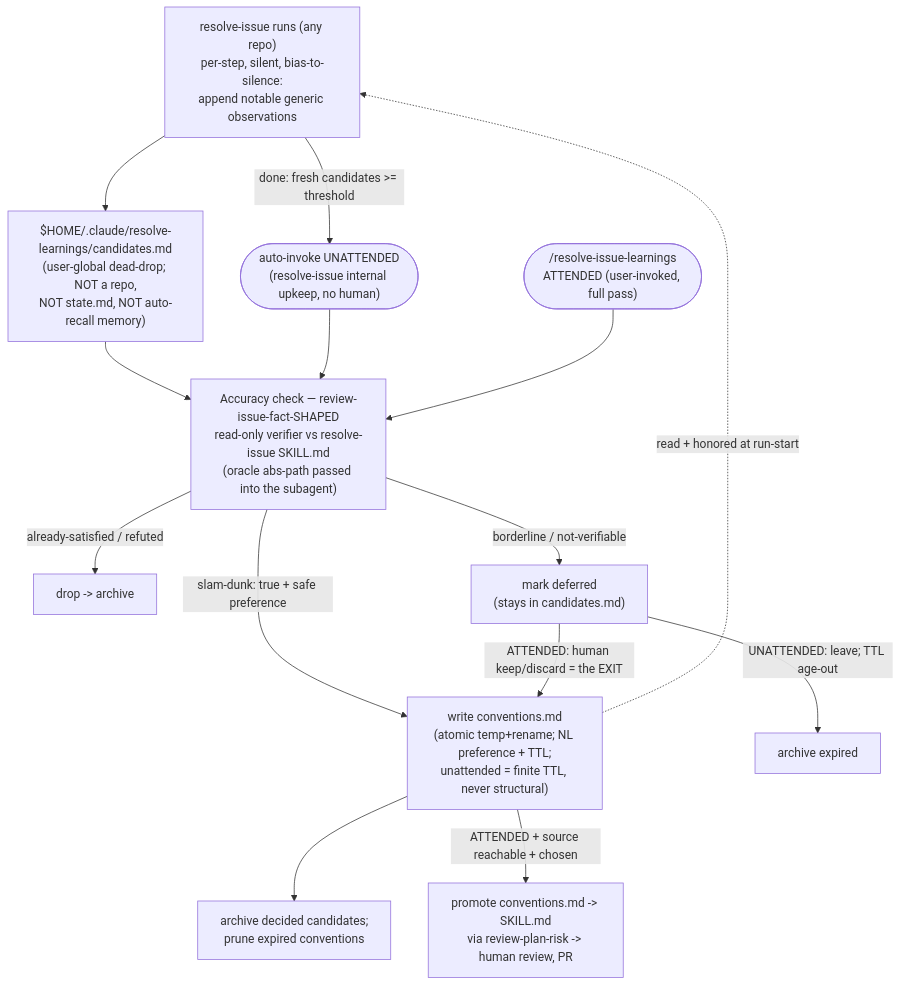
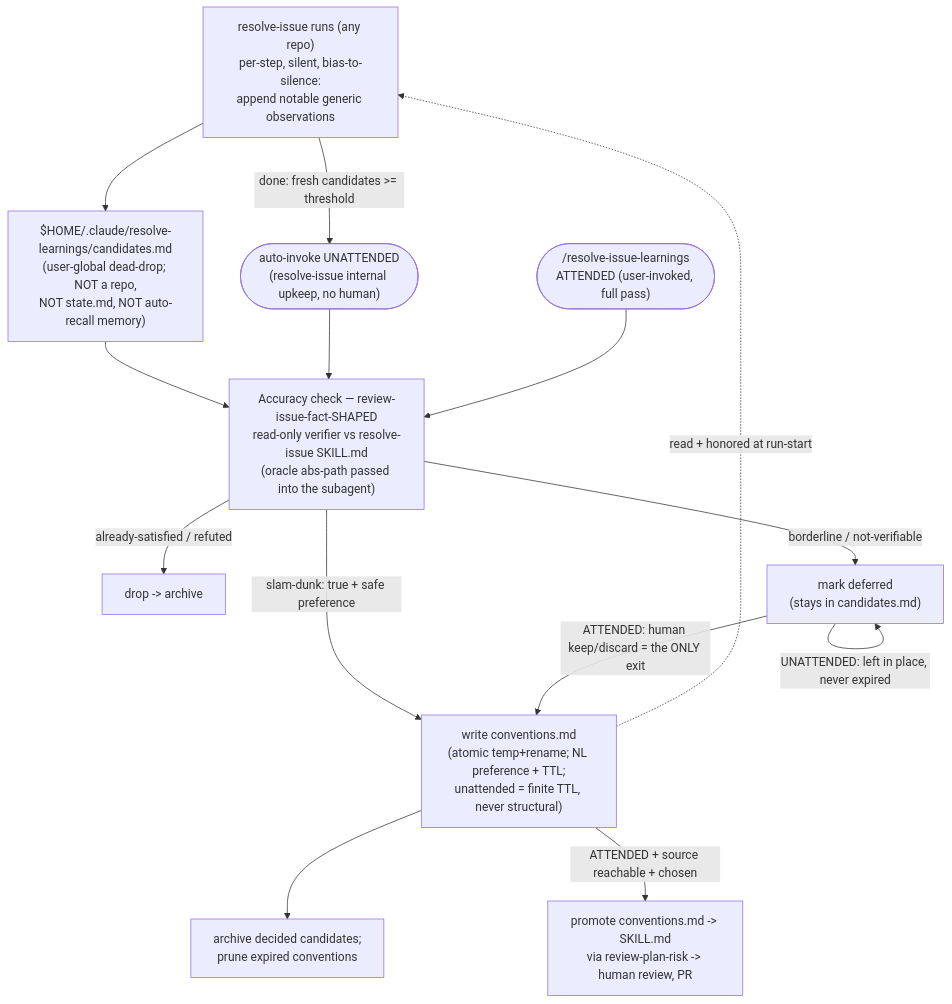
Before and after one commit to softwareone-platform/issue-to-pr: the diagram in plugins/issue-to-pr-pipeline/skills/resolve-issue-learnings/README.md, drawn with Mermaid. The commit also changed other lines of this file and 4 other files, not shown here.

````diff
--- a/plugins/issue-to-pr-pipeline/skills/resolve-issue-learnings/README.md
+++ b/plugins/issue-to-pr-pipeline/skills/resolve-issue-learnings/README.md
@@ -14,22 +14,22 @@
 ```mermaid
 flowchart TD
     R["resolve-issue runs (any repo)<br>per-step, silent, bias-to-silence:<br>append notable generic observations"] --> C["$HOME/.claude/resolve-learnings/candidates.md<br>(user-global dead-drop; NOT a repo,<br>NOT state.md, NOT auto-recall memory)"]
 
     R -->|"done: fresh candidates >= threshold"| AUTO(["auto-invoke UNATTENDED<br>(resolve-issue internal upkeep, no human)"])
     MAN(["/resolve-issue-learnings<br>ATTENDED (user-invoked, full pass)"])
     C --> V
     AUTO --> V
     MAN --> V
 
     V["Accuracy check — review-issue-fact-SHAPED<br>read-only verifier vs resolve-issue SKILL.md<br>(oracle abs-path passed into the subagent)"]
     V -->|"slam-dunk: true + safe preference"| X["write conventions.md<br>(atomic temp+rename; NL preference + TTL;<br>unattended = finite TTL, never structural)"]
     V -->|"already-satisfied / refuted"| DROP["drop -> archive"]
     V -->|"borderline / not-verifiable"| DEF["mark deferred<br>(stays in candidates.md)"]
 
-    DEF -->|"ATTENDED: human keep/discard = the EXIT"| X
-    DEF -->|"UNATTENDED: leave; TTL age-out"| EXP["archive expired"]
+    DEF -->|"ATTENDED: human keep/discard = the ONLY exit"| X
+    DEF -->|"UNATTENDED: left in place, never expired"| DEF
 
     X --> ARCH["archive decided candidates;<br>prune expired conventions"]
     X -.->|"read + honored at run-start"| R
     X -->|"ATTENDED + source reachable + chosen"| Y["promote conventions.md -> SKILL.md<br>via review-plan-risk -> human review, PR"]
 ```
````
